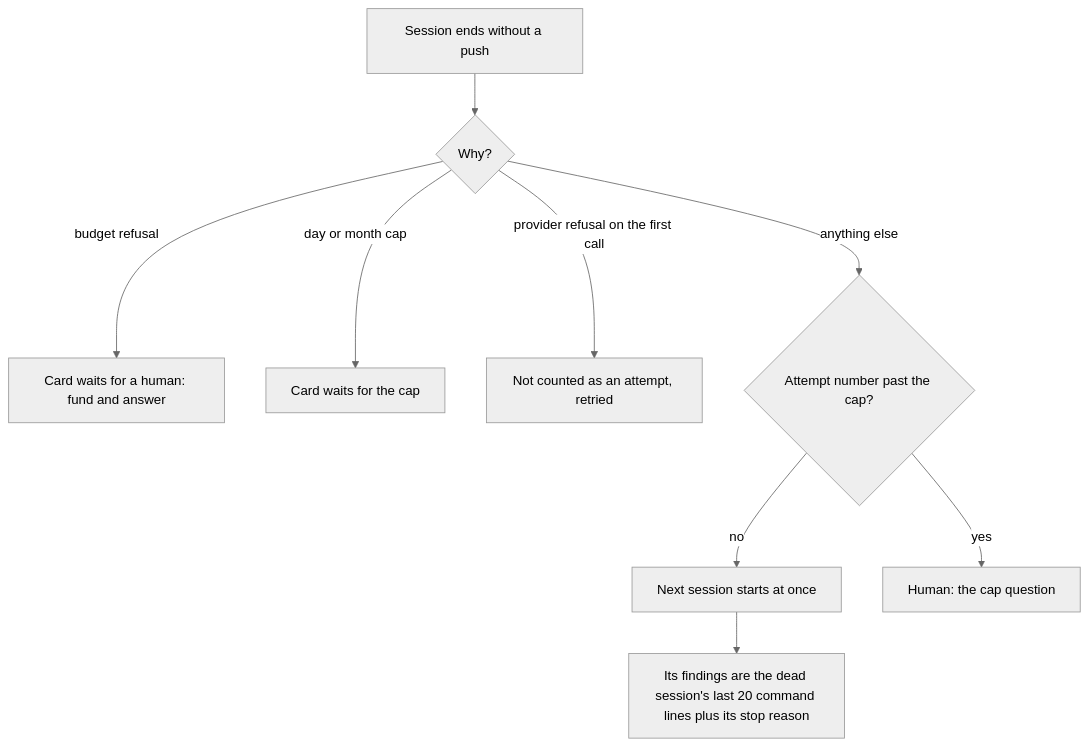
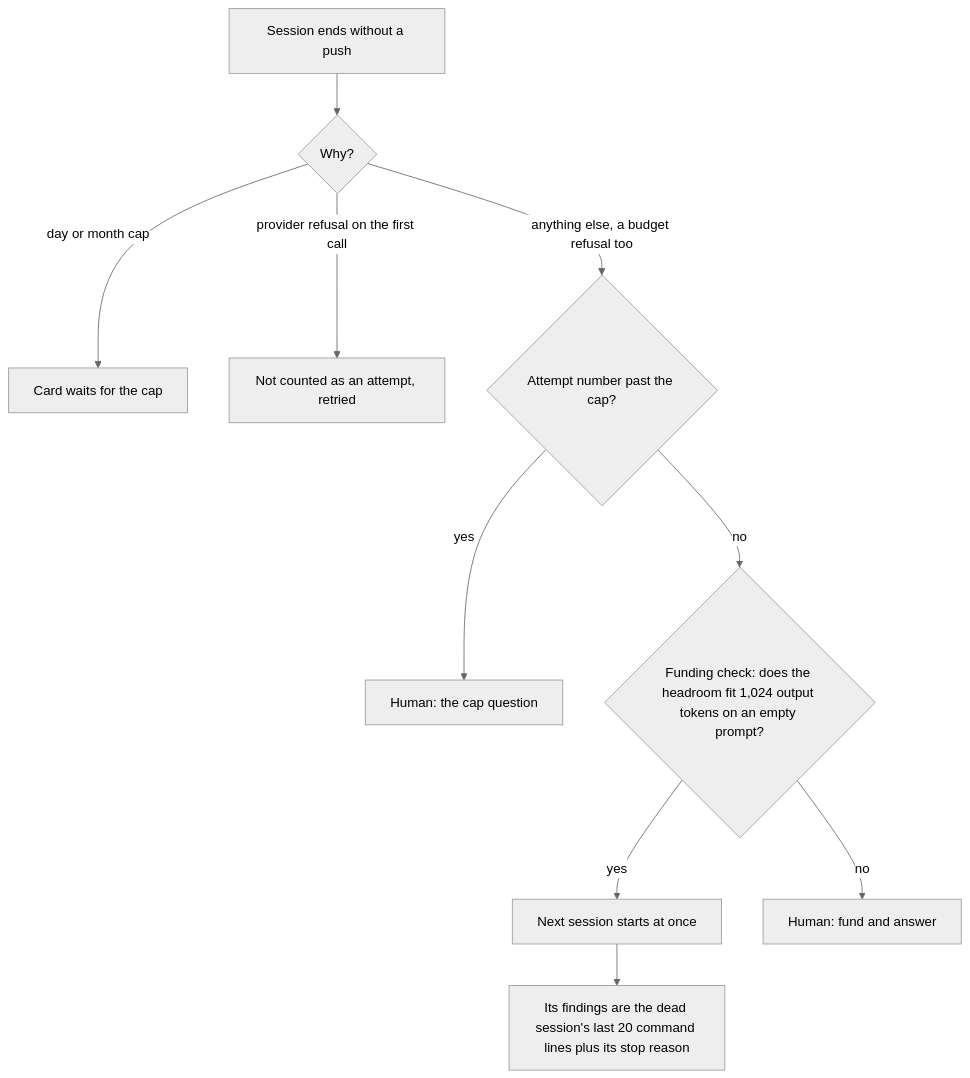
Before and after one commit to sebastianrueckerai/ai-software-factory: the fourth of 9 diagrams in docs/escalation-ladder-redesign-2026-10-15.md, drawn with Mermaid (neutral theme). The commit also changed other lines of this file, not shown here.

Commit message:
Escalation ladder redesign: the filer sets the rung, the planner role, the budget path through the funding check, three guardrails on dropping a finding, dated answers, the stale sweep reads liveness, replay scenarios as the test, and the order of work

````diff
--- a/docs/escalation-ladder-redesign-2026-10-15.md
+++ b/docs/escalation-ladder-redesign-2026-10-15.md
@@ -161,11 +165,12 @@
 ```mermaid
 flowchart TD
   E[Session ends without a push] --> W{Why?}
-  W -->|budget refusal| BQ[Card waits for a human: fund and answer]
   W -->|day or month cap| CAP[Card waits for the cap]
   W -->|provider refusal on the first call| NA[Not counted as an attempt, retried]
-  W -->|anything else| NEXT{Attempt number past the cap?}
-  NEXT -->|no| S[Next session starts at once]
+  W -->|anything else, a budget refusal too| NEXT{Attempt number past the cap?}
   NEXT -->|yes| H[Human: the cap question]
+  NEXT -->|no| FC{Funding check: does the headroom fit 1,024 output tokens on an empty prompt?}
+  FC -->|yes| S[Next session starts at once]
+  FC -->|no| FUND[Human: fund and answer]
   S --> F["Its findings are the dead session's last 20 command lines plus its stop reason"]
 ```
````
